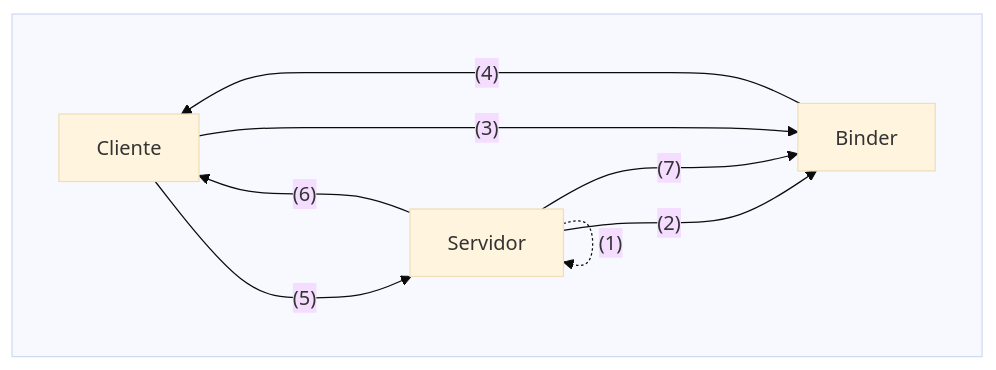
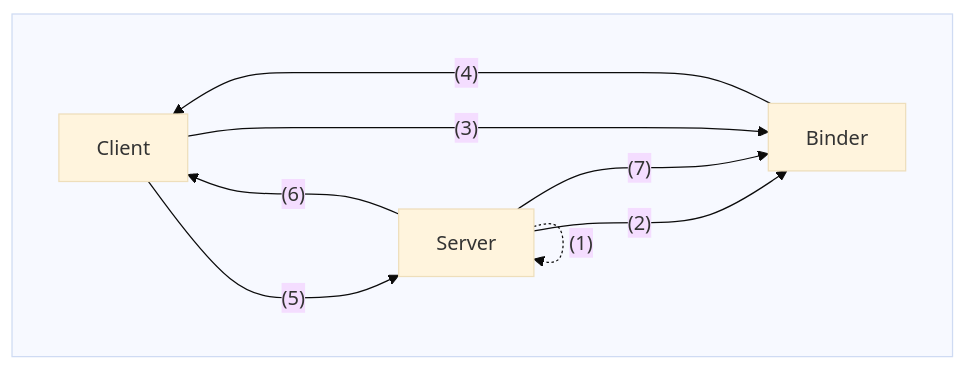
Before and after one commit to acaldero/uc3m_ds: the second of 2 diagrams in materials/topic-rpc/rpc.md, drawn with Mermaid (base theme). The commit also changed other lines of this file, not shown here.

````diff
--- a/materials/topic-rpc/rpc.md
+++ b/materials/topic-rpc/rpc.md
@@ -348,15 +345,16 @@
-     ```mermaid
+   ```mermaid
    flowchart 
        subgraph id1 [ ]
-       A["Cliente"]
-       B["Servidor"]
+       A["Client"]
+       B["Server"]
        C["Binder"]
        end
        B --->|"(2)"| C
        B --->|"(7)"| C
+       
        A --->|"(3)"| C
        C --->|"(4)"| A
        A --->|"(5)"| B
        B --->|"(6)"| A
        B -.->|"(1)"| B
-     ```
+   ```
````
